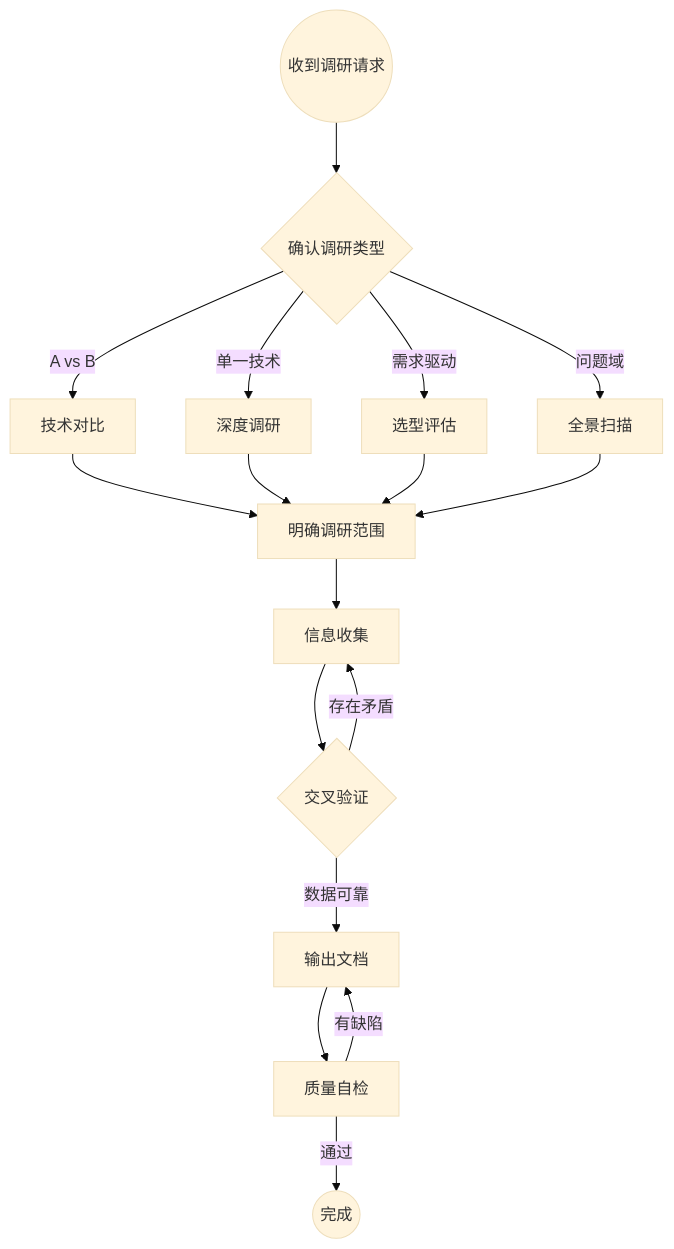
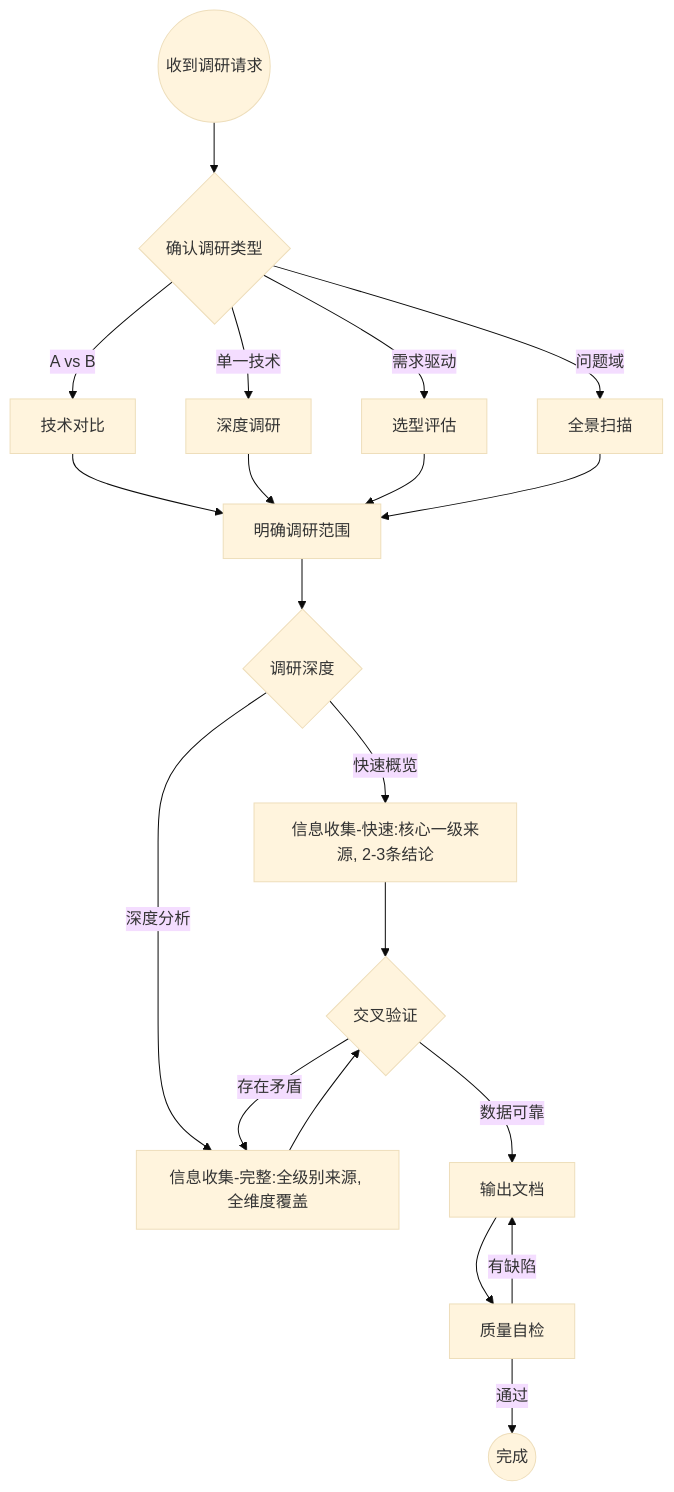
The diagram in projects/skills/tech-research/SKILL.md (ColaSk/vibe-coding), drawn with Mermaid (base theme) before and after one commit. The commit also changed other lines of this file and 7 other files, not shown here.

````diff
--- a/projects/skills/tech-research/SKILL.md
+++ b/projects/skills/tech-research/SKILL.md
@@ -17,19 +24,22 @@
 ```mermaid
 flowchart TD
     Start(("收到调研请求")) --> Confirm{"确认调研类型"}
     Confirm -->|"A vs B"| Compare["技术对比"]
     Confirm -->|"单一技术"| DeepDive["深度调研"]
     Confirm -->|"需求驱动"| Eval["选型评估"]
     Confirm -->|"问题域"| Landscape["全景扫描"]
     Compare --> Scope["明确调研范围"]
     DeepDive --> Scope
     Eval --> Scope
     Landscape --> Scope
-    Scope --> Collect["信息收集"]
-    Collect --> Verify{"交叉验证"}
+    Scope --> Mode{"调研深度"}
+    Mode -->|"快速概览"| QuickCollect["信息收集-快速:核心一级来源, 2-3条结论"]
+    Mode -->|"深度分析"| FullCollect["信息收集-完整:全级别来源, 全维度覆盖"]
+    QuickCollect --> Verify{"交叉验证"}
+    FullCollect --> Verify
     Verify -->|"数据可靠"| Output["输出文档"]
-    Verify -->|"存在矛盾"| Collect
+    Verify -->|"存在矛盾"| FullCollect
     Output --> QA["质量自检"]
     QA -->|"通过"| Done(("完成"))
     QA -->|"有缺陷"| Output
 ```
````
